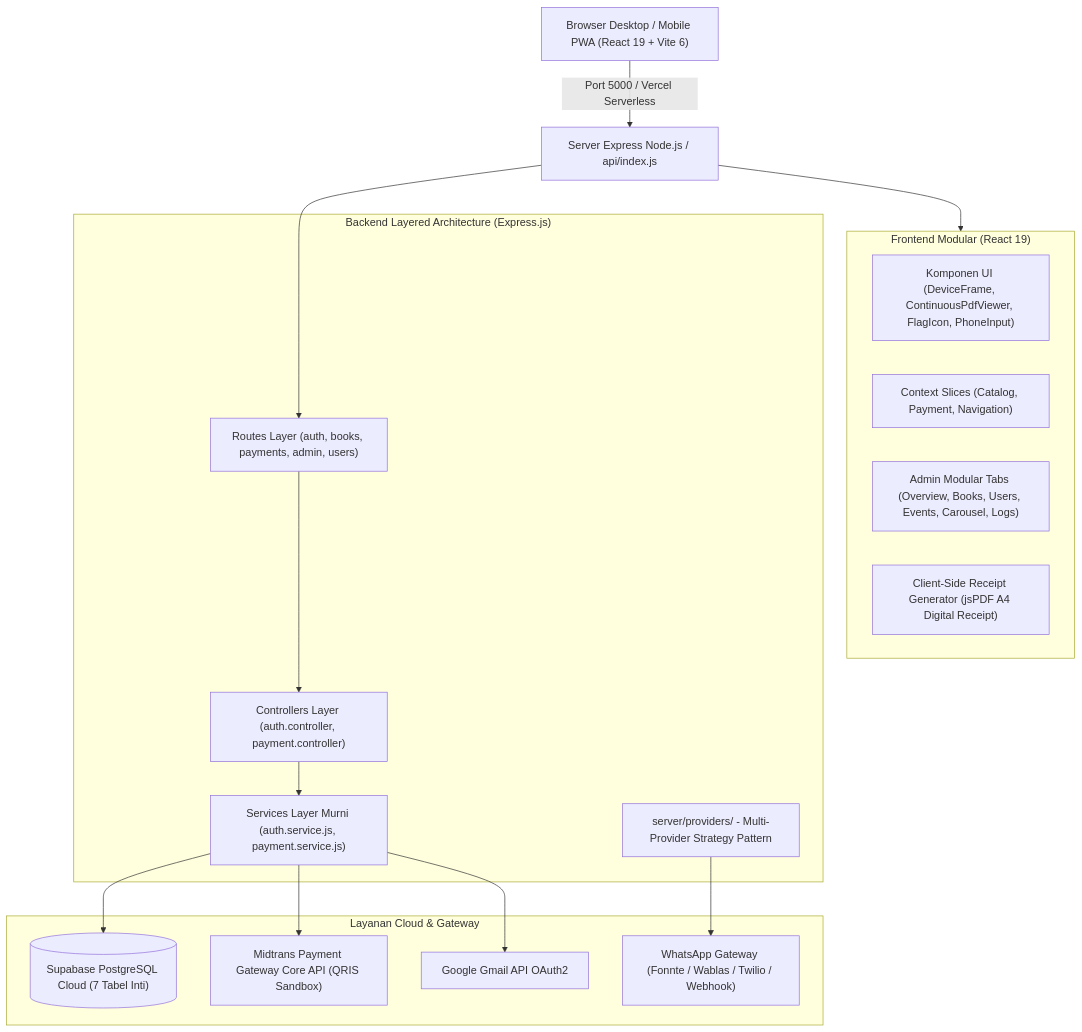
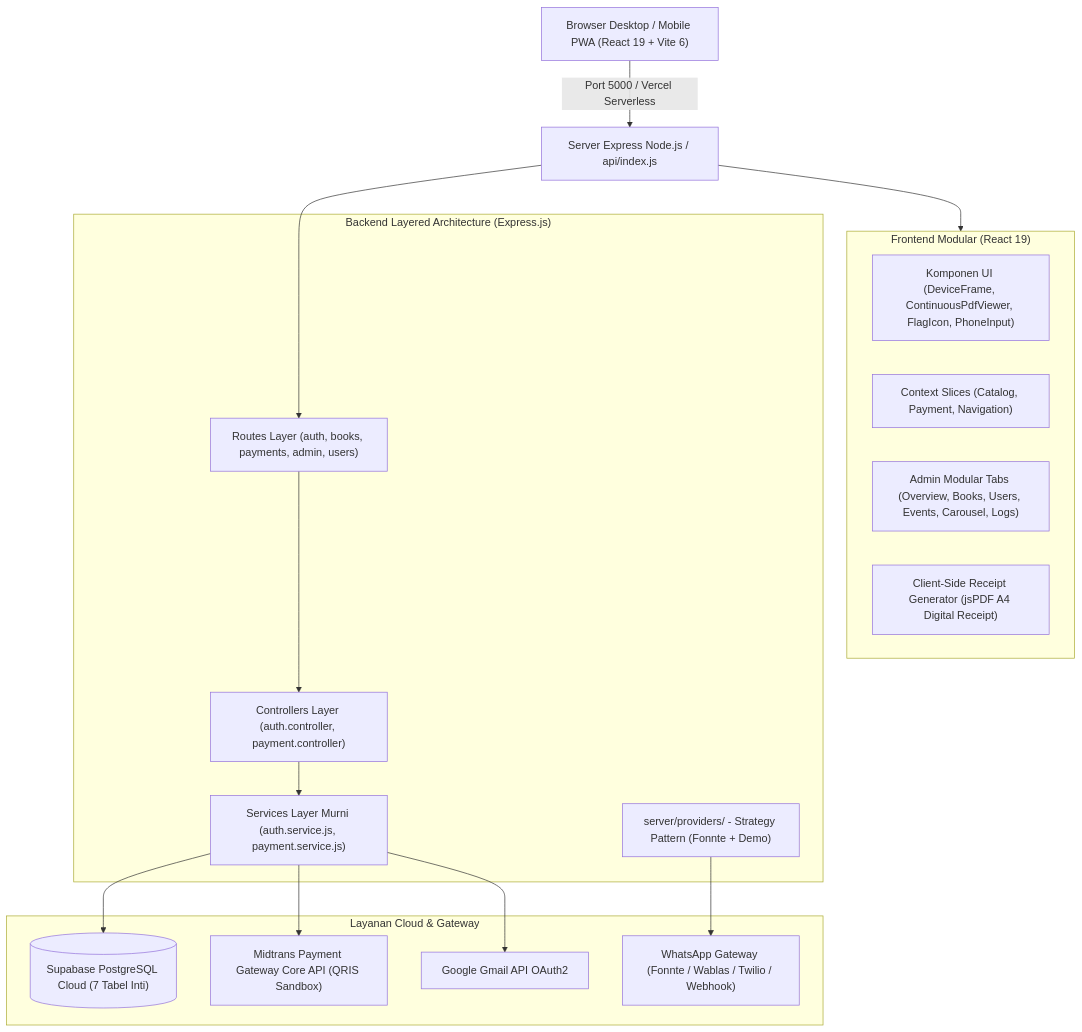
Before and after one commit to daffa-789/Wahidiyah-Book-Midtrans: the diagram in Master_Memory_Workflow.md, drawn with Mermaid. The commit also changed other lines of this file and 316 other files, not shown here.

````diff
--- a/Master_Memory_Workflow.md
+++ b/Master_Memory_Workflow.md
@@ -123,34 +123,34 @@
 ```mermaid
 graph TD
     Client["Browser Desktop / Mobile PWA (React 19 + Vite 6)"] -->|Port 5000 / Vercel Serverless| Express["Server Express Node.js / api/index.js"]
     
     subgraph Frontend ["Frontend Modular (React 19)"]
         UI["Komponen UI (DeviceFrame, ContinuousPdfViewer, FlagIcon, PhoneInput)"]
         State["Context Slices (Catalog, Payment, Navigation)"]
         AdminTabs["Admin Modular Tabs (Overview, Books, Users, Events, Carousel, Logs)"]
         Receipt["Client-Side Receipt Generator (jsPDF A4 Digital Receipt)"]
     end
 
     subgraph Backend ["Backend Layered Architecture (Express.js)"]
         Routes["Routes Layer (auth, books, payments, admin, users)"]
         Controllers["Controllers Layer (auth.controller, payment.controller)"]
         Services["Services Layer Murni (auth.service.js, payment.service.js)"]
-        WAProviders["server/providers/ - Multi-Provider Strategy Pattern"]
+        WAProviders["server/providers/ - Strategy Pattern (Fonnte + Demo)"]
     end
 
     subgraph External ["Layanan Cloud & Gateway"]
         Supa[("Supabase PostgreSQL Cloud (7 Tabel Inti)")]
         Midtrans["Midtrans Payment Gateway Core API (QRIS Sandbox)"]
         Gmail["Google Gmail API OAuth2"]
         WAGateway["WhatsApp Gateway (Fonnte / Wablas / Twilio / Webhook)"]
     end
 
     Express --> Frontend
     Express --> Routes
     Routes --> Controllers
     Controllers --> Services
     Services --> Supa
     Services --> Midtrans
     Services --> Gmail
     WAProviders --> WAGateway
 ```
````
